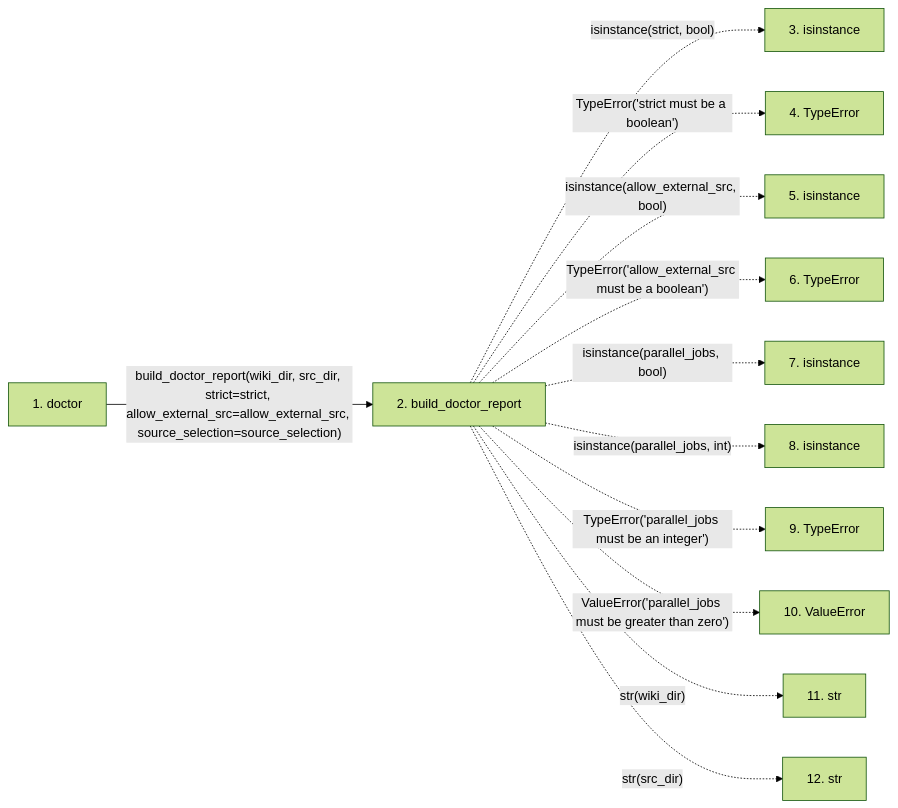
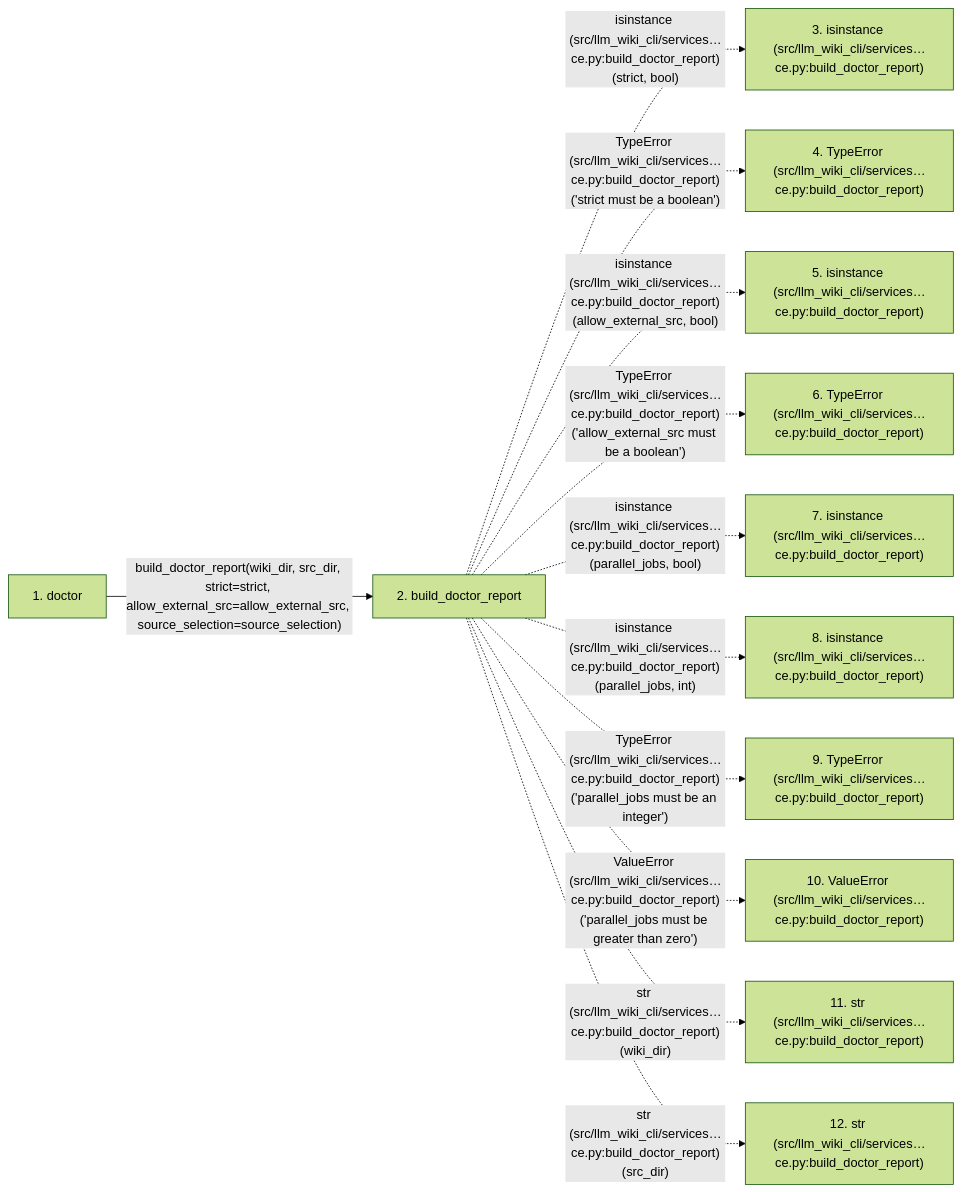
One commit to Denissvgn/python-wiki-llm changed the second of 2 diagrams in docs/llm_wiki/flows/api-doctor.md. Above: the diagram before and after it, drawn with Mermaid (forest theme). The commit also changed other lines of this file and 719 other files, not shown here.

````diff
--- a/docs/llm_wiki/flows/api-doctor.md
+++ b/docs/llm_wiki/flows/api-doctor.md
@@ -107,28 +112,28 @@
 ```mermaid
 flowchart LR
     s1["1. doctor"]
     s2["2. build_doctor_report"]
-    s3["3. isinstance"]
-    s4["4. TypeError"]
-    s5["5. isinstance"]
-    s6["6. TypeError"]
-    s7["7. isinstance"]
-    s8["8. isinstance"]
-    s9["9. TypeError"]
-    s10["10. ValueError"]
-    s11["11. str"]
-    s12["12. str"]
+    s3["3. isinstance (src/llm_wiki_cli/services…ce.py:build_doctor_report)"]
+    s4["4. TypeError (src/llm_wiki_cli/services…ce.py:build_doctor_report)"]
+    s5["5. isinstance (src/llm_wiki_cli/services…ce.py:build_doctor_report)"]
+    s6["6. TypeError (src/llm_wiki_cli/services…ce.py:build_doctor_report)"]
+    s7["7. isinstance (src/llm_wiki_cli/services…ce.py:build_doctor_report)"]
+    s8["8. isinstance (src/llm_wiki_cli/services…ce.py:build_doctor_report)"]
+    s9["9. TypeError (src/llm_wiki_cli/services…ce.py:build_doctor_report)"]
+    s10["10. ValueError (src/llm_wiki_cli/services…ce.py:build_doctor_report)"]
+    s11["11. str (src/llm_wiki_cli/services…ce.py:build_doctor_report)"]
+    s12["12. str (src/llm_wiki_cli/services…ce.py:build_doctor_report)"]
     s1 -->|"build_doctor_report(wiki_dir, src_dir, strict=strict, allow_external_src=allow_external_src, source_selection=source_selection)"| s2
-    s2 -. "isinstance(strict, bool)" .-> s3
-    s2 -. "TypeError('strict must be a boolean')" .-> s4
-    s2 -. "isinstance(allow_external_src, bool)" .-> s5
-    s2 -. "TypeError('allow_external_src must be a boolean')" .-> s6
-    s2 -. "isinstance(parallel_jobs, bool)" .-> s7
-    s2 -. "isinstance(parallel_jobs, int)" .-> s8
-    s2 -. "TypeError('parallel_jobs must be an integer')" .-> s9
-    s2 -. "ValueError('parallel_jobs must be greater than zero')" .-> s10
-    s2 -. "str(wiki_dir)" .-> s11
-    s2 -. "str(src_dir)" .-> s12
+    s2 -. "isinstance (src/llm_wiki_cli/services…ce.py:build_doctor_report)(strict, bool)" .-> s3
+    s2 -. "TypeError (src/llm_wiki_cli/services…ce.py:build_doctor_report)('strict must be a boolean')" .-> s4
+    s2 -. "isinstance (src/llm_wiki_cli/services…ce.py:build_doctor_report)(allow_external_src, bool)" .-> s5
+    s2 -. "TypeError (src/llm_wiki_cli/services…ce.py:build_doctor_report)('allow_external_src must be a boolean')" .-> s6
+    s2 -. "isinstance (src/llm_wiki_cli/services…ce.py:build_doctor_report)(parallel_jobs, bool)" .-> s7
+    s2 -. "isinstance (src/llm_wiki_cli/services…ce.py:build_doctor_report)(parallel_jobs, int)" .-> s8
+    s2 -. "TypeError (src/llm_wiki_cli/services…ce.py:build_doctor_report)('parallel_jobs must be an integer')" .-> s9
+    s2 -. "ValueError (src/llm_wiki_cli/services…ce.py:build_doctor_report)('parallel_jobs must be greater than zero')" .-> s10
+    s2 -. "str (src/llm_wiki_cli/services…ce.py:build_doctor_report)(wiki_dir)" .-> s11
+    s2 -. "str (src/llm_wiki_cli/services…ce.py:build_doctor_report)(src_dir)" .-> s12
     click s1 "../modules/api.md"
     click s2 "../modules/doctor_service.md"
 ```
````
